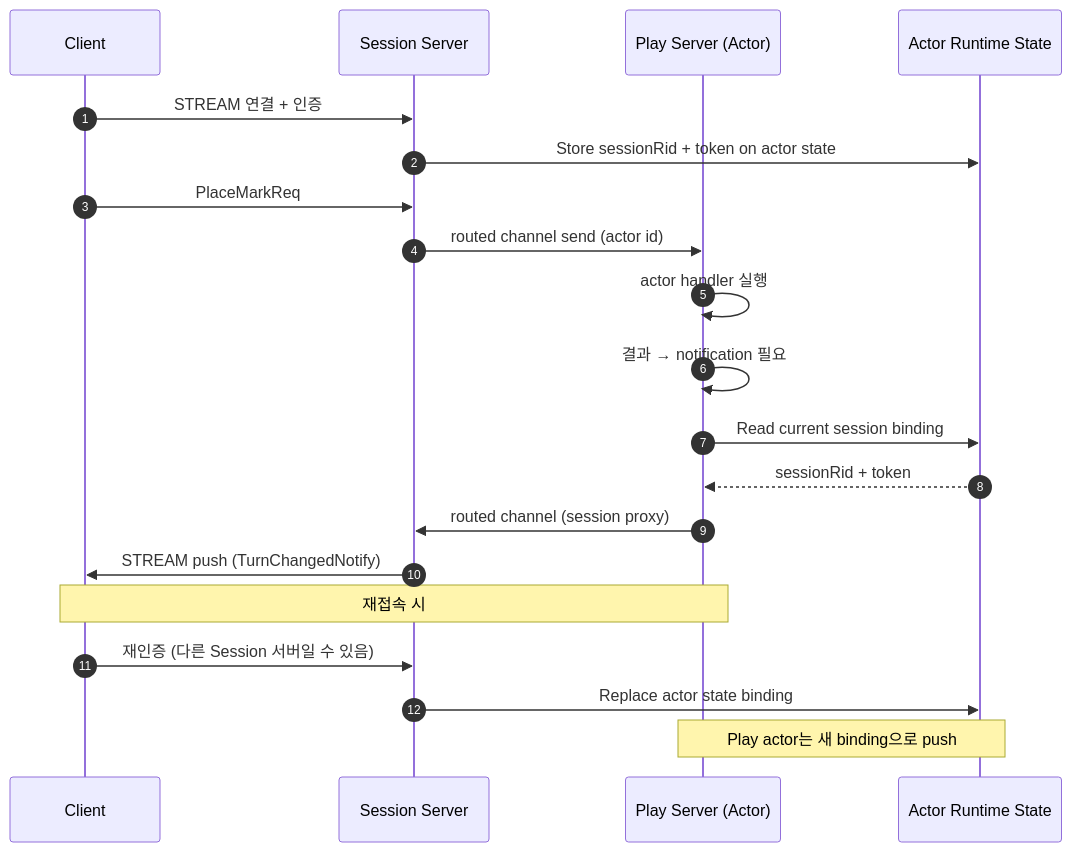
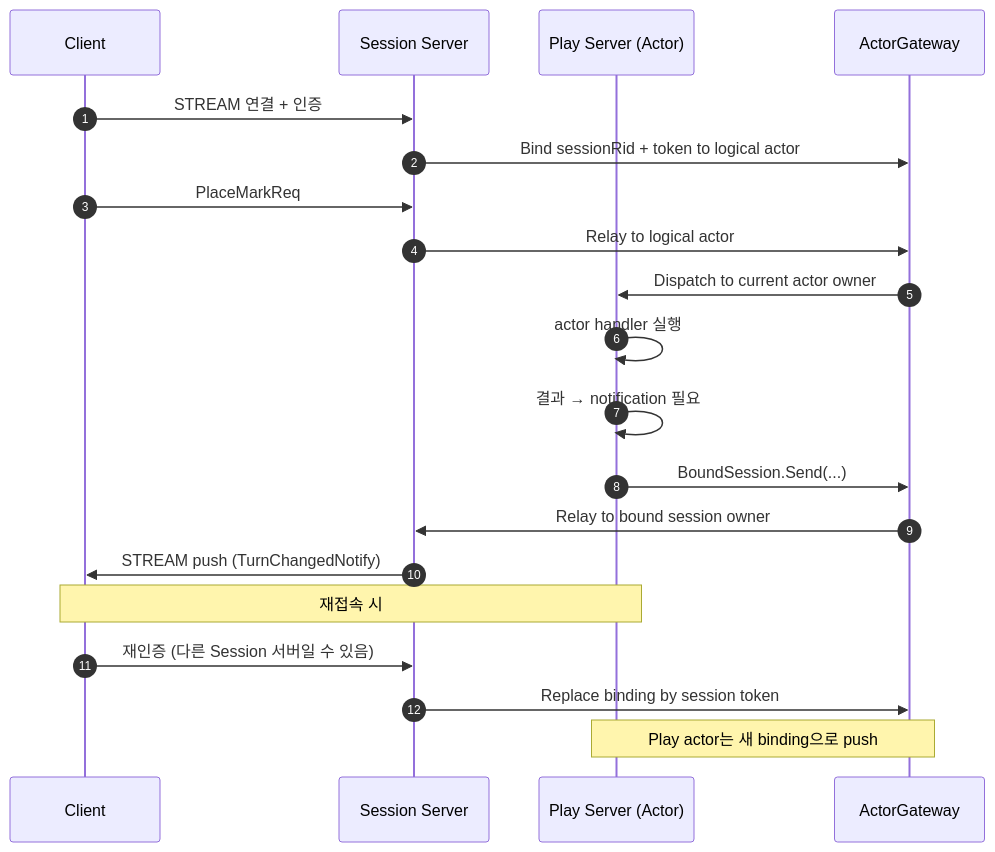
Before and after one commit to kairos-code-dev/zlink: the third of 3 diagrams in framework/languages/dotnet/doc/spec/aspnet-core-actor.ko.md, drawn with Mermaid. The commit also changed other lines of this file and 393 other files, not shown here.

````diff
--- a/framework/languages/dotnet/doc/spec/aspnet-core-actor.ko.md
+++ b/framework/languages/dotnet/doc/spec/aspnet-core-actor.ko.md
@@ -850,25 +799,25 @@
 ```mermaid
 sequenceDiagram
     autonumber
     participant C as Client
     participant S as Session Server
     participant P as Play Server (Actor)
-    participant B as Actor Runtime State
+    participant G as ActorGateway
 
     C->>S: STREAM 연결 + 인증
-    S->>B: Store sessionRid + token on actor state
+    S->>G: Bind sessionRid + token to logical actor
 
     C->>S: PlaceMarkReq
-    S->>P: routed channel send (actor id)
+    S->>G: Relay to logical actor
+    G->>P: Dispatch to current actor owner
     P->>P: actor handler 실행
     P->>P: 결과 → notification 필요
-    P->>B: Read current session binding
-    B-->>P: sessionRid + token
-    P->>S: routed channel (session proxy)
+    P->>G: BoundSession.Send(...)
+    G->>S: Relay to bound session owner
     S->>C: STREAM push (TurnChangedNotify)
 
     Note over C,P: 재접속 시
     C->>S: 재인증 (다른 Session 서버일 수 있음)
-    S->>B: Replace actor state binding
-    Note over P,B: Play actor는 새 binding으로 push
+    S->>G: Replace binding by session token
+    Note over P,G: Play actor는 새 binding으로 push
 ```
````
